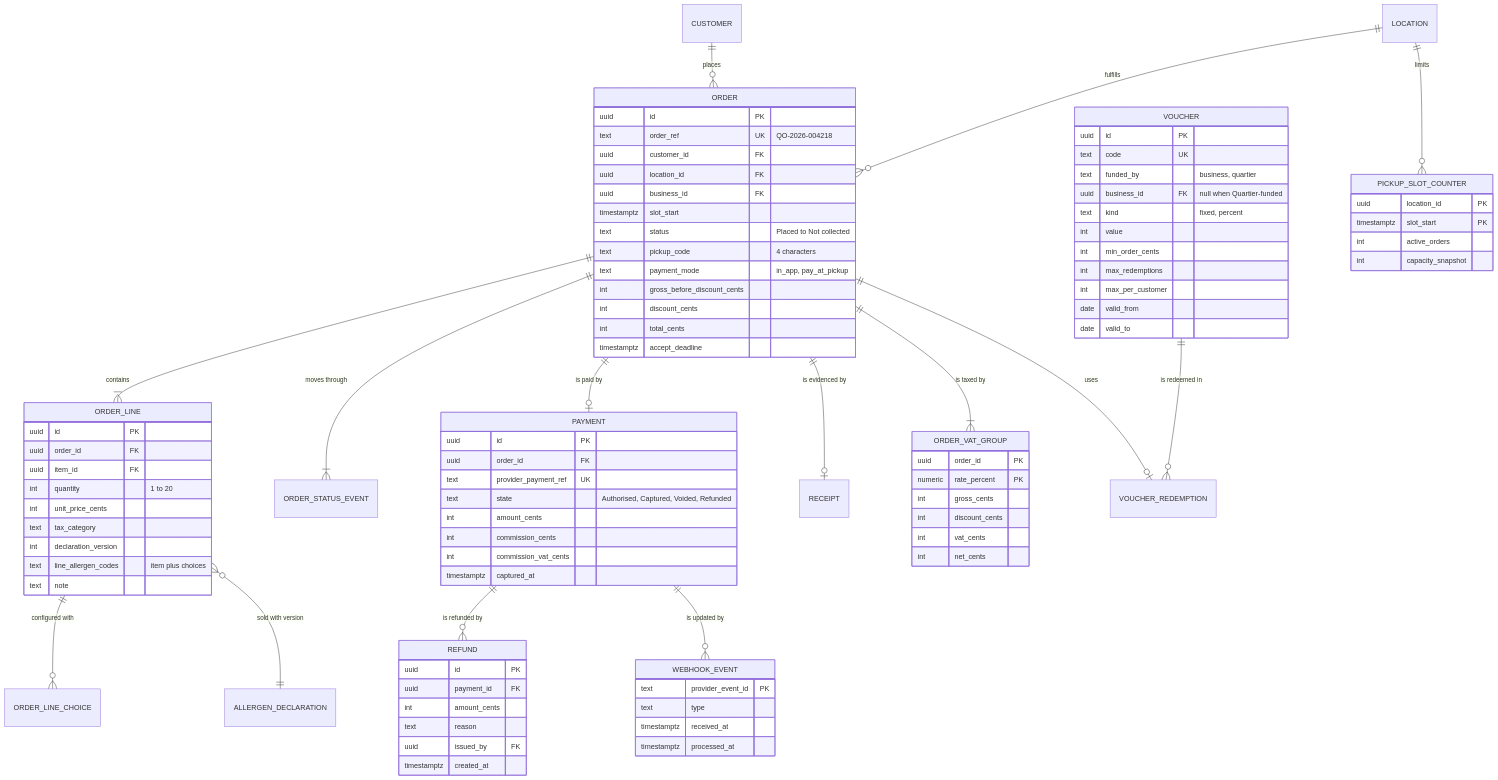
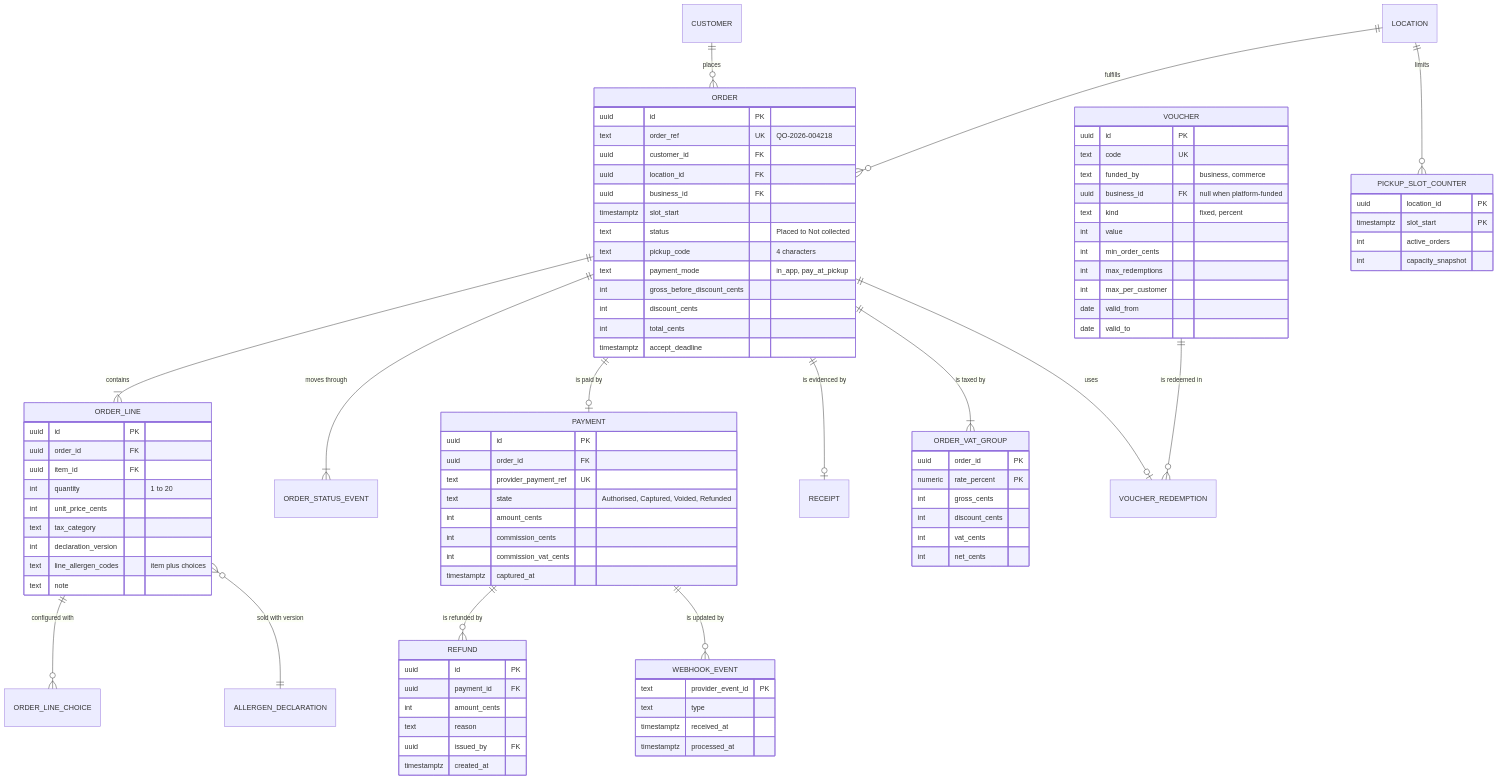
The third of 4 diagrams in 03-design/data/erd.md (ayushsingh0456/local-commerce-booking-platform), drawn with Mermaid before and after one commit. The commit also changed other lines of this file and 46 other files, not shown here.

```diff
--- a/03-design/data/erd.md
+++ b/03-design/data/erd.md
@@ -245,8 +245,8 @@
   VOUCHER {
     uuid id PK
     text code UK
-    text funded_by "business, quartier"
-    uuid business_id FK "null when Quartier-funded"
+    text funded_by "business, commerce"
+    uuid business_id FK "null when platform-funded"
     text kind "fixed, percent"
     int value
     int min_order_cents
```
